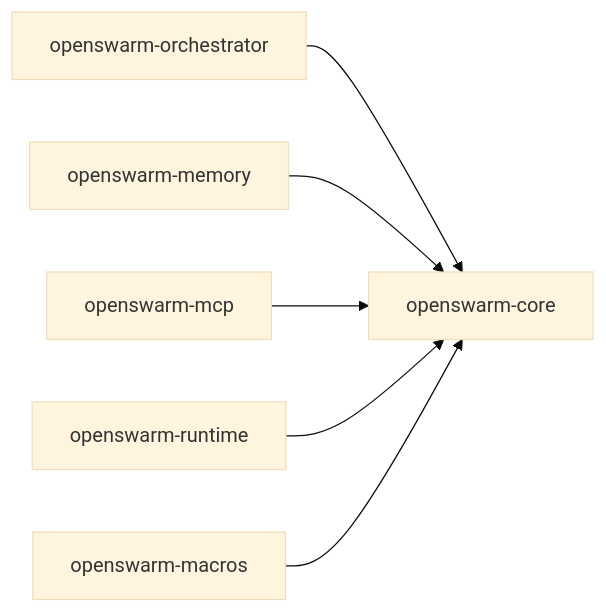
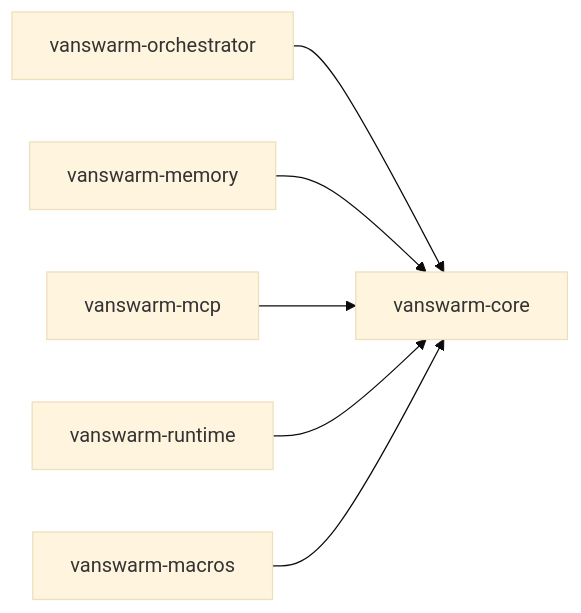
One commit to Van-Nice/van-swarm changed the diagram in documentation/architecture/rust-mcp-wishlist.md. Above: the diagram before and after it, drawn with Mermaid (base theme). The commit also changed other lines of this file and 80 other files, not shown here.

````diff
--- a/documentation/architecture/rust-mcp-wishlist.md
+++ b/documentation/architecture/rust-mcp-wishlist.md
@@ -18,14 +18,14 @@
 ```mermaid
 flowchart LR
-    core[openswarm-core]
-    orchestrator[openswarm-orchestrator]
-    memory[openswarm-memory]
-    mcp[openswarm-mcp]
-    runtime[openswarm-runtime]
-    macros[openswarm-macros]
+    core[vanswarm-core]
+    orchestrator[vanswarm-orchestrator]
+    memory[vanswarm-memory]
+    mcp[vanswarm-mcp]
+    runtime[vanswarm-runtime]
+    macros[vanswarm-macros]
     orchestrator --> core
     memory --> core
     mcp --> core
     runtime --> core
     macros --> core
 ```
````
